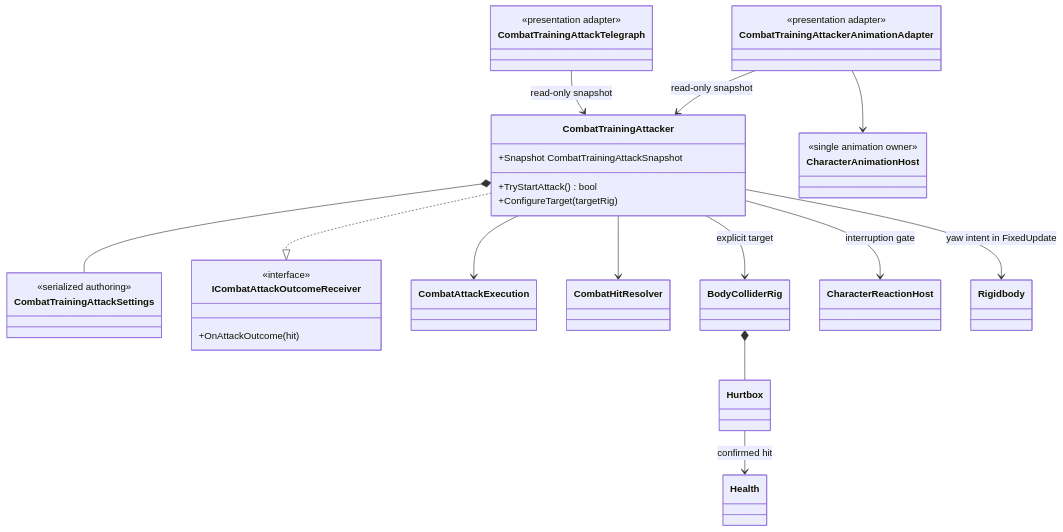
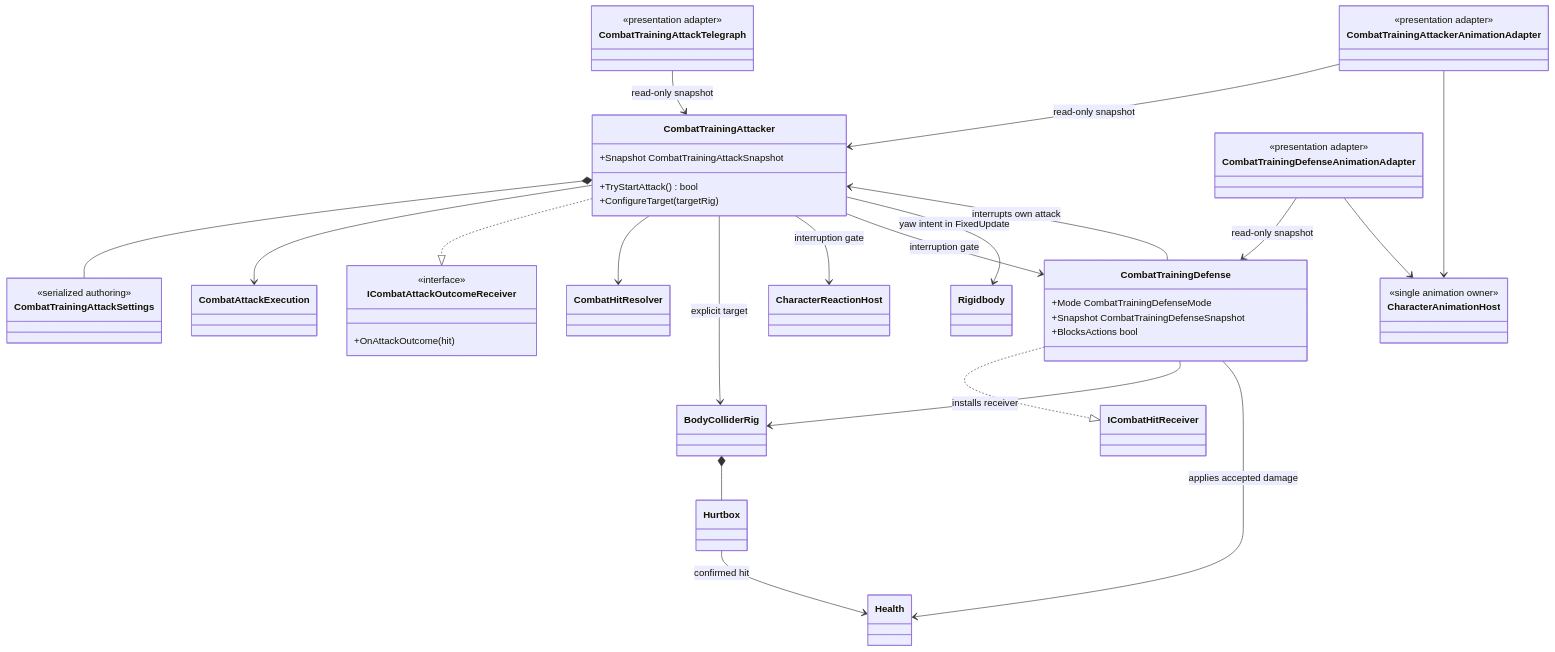
The diagram in Assets/_App/Core/Runtime/Enemies/Training/README.md (MaximFonariuc/project-s), drawn with Mermaid before and after one commit. The commit also changed other lines of this file and 7 other files, not shown here.

Commit message:
feat(combat): add training defense cycle

````diff
--- a/Assets/_App/Core/Runtime/Enemies/Training/README.md
+++ b/Assets/_App/Core/Runtime/Enemies/Training/README.md
@@ -6,44 +6,59 @@
 ```mermaid
 classDiagram
     class CombatTrainingAttacker {
         +TryStartAttack() bool
         +ConfigureTarget(targetRig)
         +Snapshot CombatTrainingAttackSnapshot
     }
     class CombatTrainingAttackSettings {
         <<serialized authoring>>
     }
     class CombatTrainingAttackTelegraph {
         <<presentation adapter>>
     }
     class CombatTrainingAttackerAnimationAdapter {
+        <<presentation adapter>>
+    }
+    class CombatTrainingDefense {
+        +Mode CombatTrainingDefenseMode
+        +Snapshot CombatTrainingDefenseSnapshot
+        +BlocksActions bool
+    }
+    class CombatTrainingDefenseAnimationAdapter {
         <<presentation adapter>>
     }
     class CharacterAnimationHost {
         <<single animation owner>>
     }
     class ICombatAttackOutcomeReceiver {
         <<interface>>
         +OnAttackOutcome(hit)
     }
     class CombatAttackExecution
     class CombatHitResolver
     class BodyColliderRig
     class Hurtbox
     class Health
     class CharacterReactionHost
     class Rigidbody
 
     CombatTrainingAttacker *-- CombatTrainingAttackSettings
     CombatTrainingAttacker --> CombatAttackExecution
     CombatTrainingAttacker ..|> ICombatAttackOutcomeReceiver
     CombatTrainingAttacker --> CombatHitResolver
     CombatTrainingAttacker --> BodyColliderRig : explicit target
     BodyColliderRig *-- Hurtbox
     Hurtbox --> Health : confirmed hit
     CombatTrainingAttacker --> CharacterReactionHost : interruption gate
+    CombatTrainingAttacker --> CombatTrainingDefense : interruption gate
     CombatTrainingAttacker --> Rigidbody : yaw intent in FixedUpdate
     CombatTrainingAttackTelegraph --> CombatTrainingAttacker : read-only snapshot
     CombatTrainingAttackerAnimationAdapter --> CombatTrainingAttacker : read-only snapshot
     CombatTrainingAttackerAnimationAdapter --> CharacterAnimationHost
+    CombatTrainingDefense ..|> ICombatHitReceiver
+    CombatTrainingDefense --> BodyColliderRig : installs receiver
+    CombatTrainingDefense --> Health : applies accepted damage
+    CombatTrainingDefense --> CombatTrainingAttacker : interrupts own attack
+    CombatTrainingDefenseAnimationAdapter --> CombatTrainingDefense : read-only snapshot
+    CombatTrainingDefenseAnimationAdapter --> CharacterAnimationHost
 ```
````
